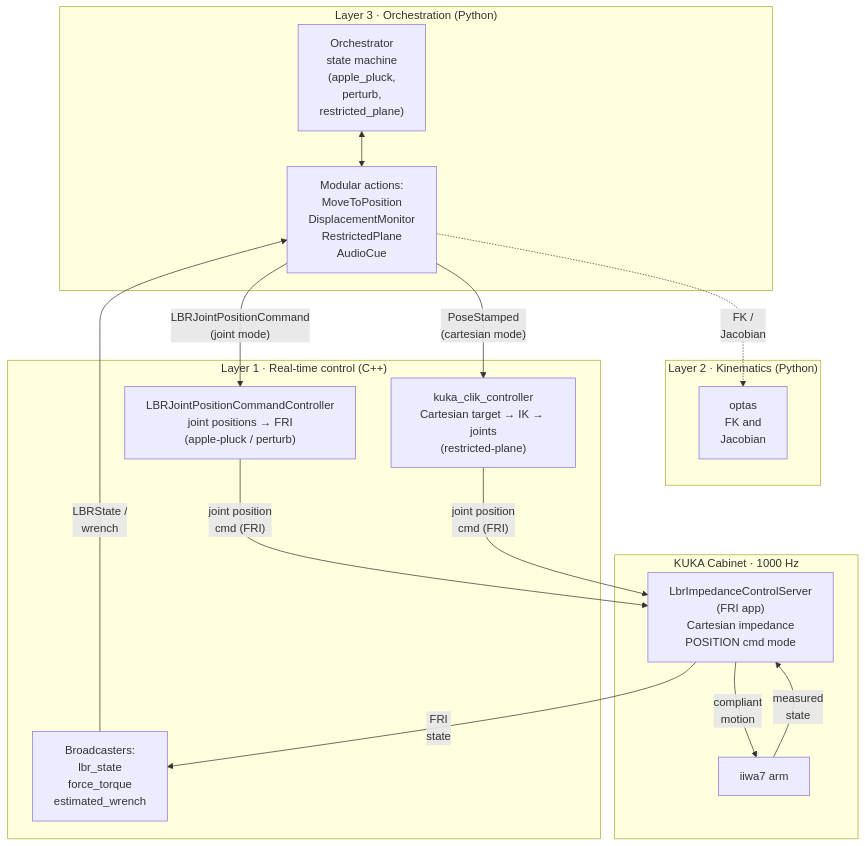
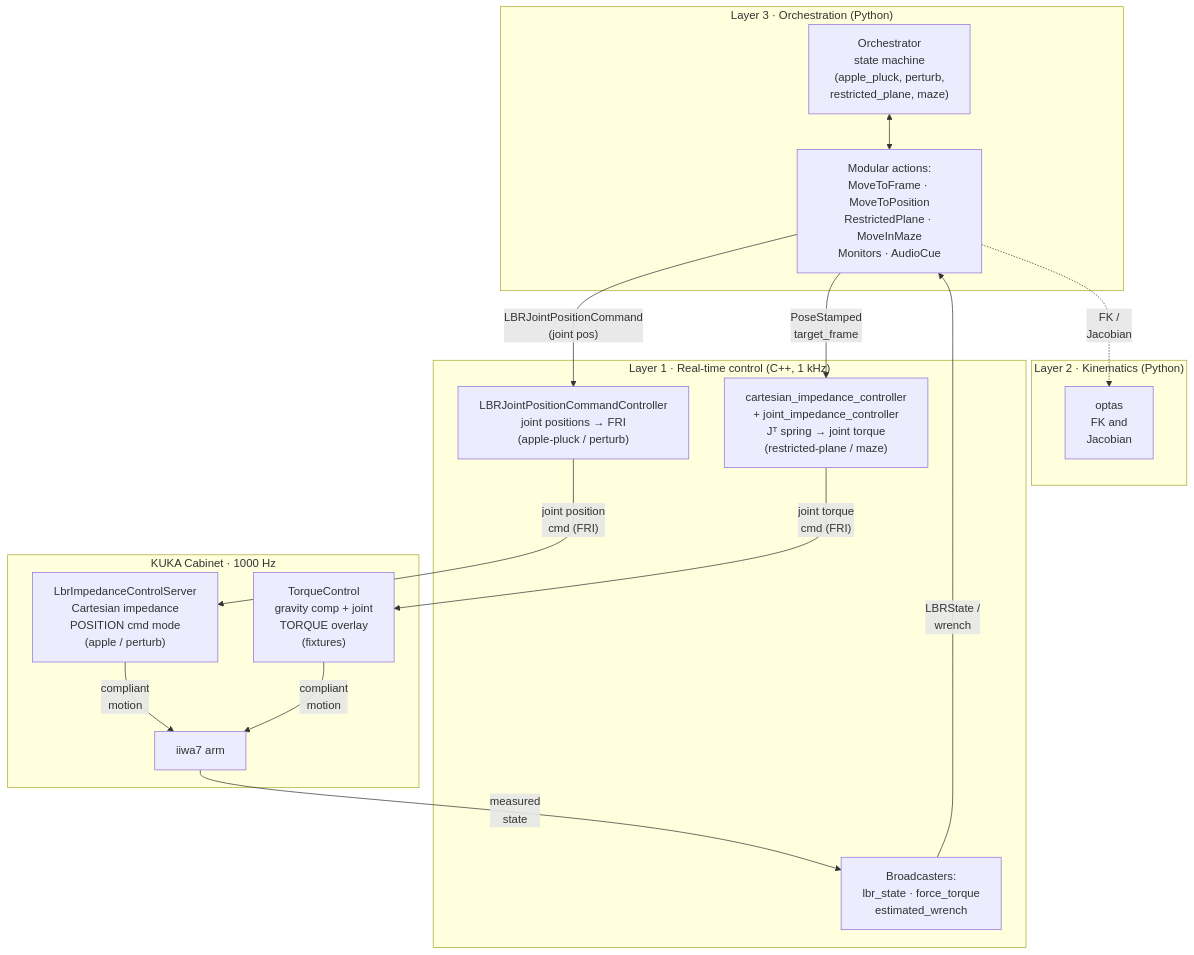
The first of 6 diagrams in README.md (sinthlab/sinthlab-kuka-stack), drawn with Mermaid before and after one commit. The commit also changed other lines of this file and 40 other files, not shown here.

Commit message:
moving to torque plane from clik

````diff
--- a/README.md
+++ b/README.md
@@ -452,30 +450,31 @@
 ```mermaid
 flowchart TB
     subgraph L3["Layer 3 · Orchestration (Python)"]
-        ORCH["Orchestrator<br/>state machine<br/>(apple_pluck,<br/>perturb,<br/>restricted_plane)"]
-        ACT["Modular actions:<br/>MoveToPosition<br/>DisplacementMonitor<br/>RestrictedPlane<br/>AudioCue"]
+        ORCH["Orchestrator<br/>state machine<br/>(apple_pluck, perturb,<br/>restricted_plane, maze)"]
+        ACT["Modular actions:<br/>MoveToFrame · MoveToPosition<br/>RestrictedPlane · MoveInMaze<br/>Monitors · AudioCue"]
     end
     subgraph L2["Layer 2 · Kinematics (Python)"]
         OPTAS["optas<br/>FK and<br/>Jacobian"]
     end
-    subgraph L1["Layer 1 · Real-time control (C++)"]
+    subgraph L1["Layer 1 · Real-time control (C++, 1 kHz)"]
         JPC["LBRJointPositionCommandController<br/>joint positions → FRI<br/>(apple-pluck / perturb)"]
-        CLIK["kuka_clik_controller<br/>Cartesian target → IK → joints<br/>(restricted-plane)"]
-        BCAST["Broadcasters:<br/>lbr_state<br/>force_torque<br/>estimated_wrench"]
+        CIC["cartesian_impedance_controller<br/>+ joint_impedance_controller<br/>Jᵀ spring → joint torque<br/>(restricted-plane / maze)"]
+        BCAST["Broadcasters:<br/>lbr_state · force_torque<br/>estimated_wrench"]
     end
     subgraph CAB["KUKA Cabinet · 1000 Hz"]
-        APP["LbrImpedanceControlServer<br/>(FRI app)<br/>Cartesian impedance<br/>POSITION cmd mode"]
+        POS["LbrImpedanceControlServer<br/>Cartesian impedance<br/>POSITION cmd mode<br/>(apple / perturb)"]
+        TRQ["TorqueControl<br/>gravity comp + joint<br/>TORQUE overlay<br/>(fixtures)"]
         ARM["iiwa7 arm"]
     end
 
     ORCH <--> ACT
     ACT -. "FK /<br/>Jacobian" .-> OPTAS
-    ACT -- "LBRJointPositionCommand<br/>(joint mode)" --> JPC
-    ACT -- "PoseStamped<br/>(cartesian mode)" --> CLIK
-    JPC -- "joint position<br/>cmd (FRI)" --> APP
-    CLIK -- "joint position<br/>cmd (FRI)" --> APP
-    APP -- "compliant<br/>motion" --> ARM
-    ARM -- "measured<br/>state" --> APP
-    APP -- "FRI<br/>state" --> BCAST
+    ACT -- "LBRJointPositionCommand<br/>(joint pos)" --> JPC
+    ACT -- "PoseStamped<br/>target_frame" --> CIC
+    JPC -- "joint position<br/>cmd (FRI)" --> POS
+    CIC -- "joint torque<br/>cmd (FRI)" --> TRQ
+    POS -- "compliant<br/>motion" --> ARM
+    TRQ -- "compliant<br/>motion" --> ARM
+    ARM -- "measured<br/>state" --> BCAST
     BCAST -- "LBRState /<br/>wrench" --> ACT
 ```
````
